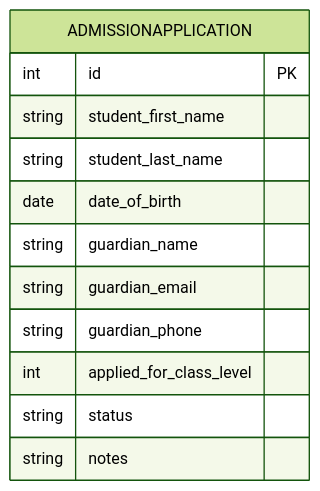
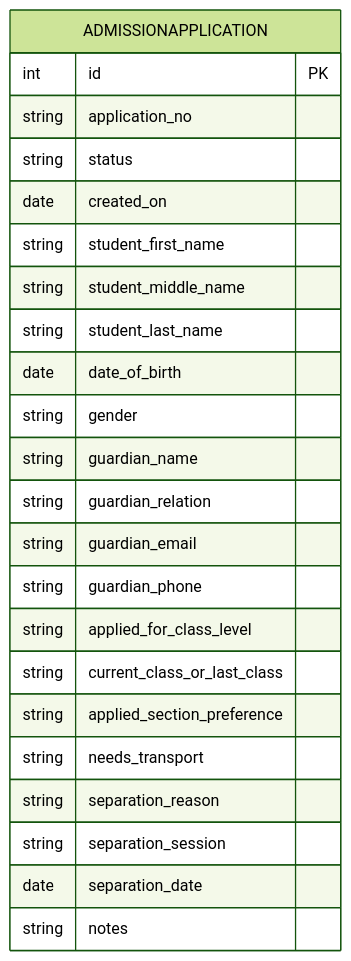
One commit to PrecisionWebAI/Educonnect changed the seventh of 9 diagrams in info/db_design.md. Above: the diagram before and after it, drawn with Mermaid (forest theme). The commit also changed other lines of this file and 48 other files, not shown here.

````diff
--- a/info/db_design.md
+++ b/info/db_design.md
@@ -1052,15 +1087,26 @@
 ```mermaid
 erDiagram
     ADMISSIONAPPLICATION {
         int id PK
+        string application_no
+        string status
+        date created_on
         string student_first_name
+        string student_middle_name
         string student_last_name
         date date_of_birth
+        string gender
         string guardian_name
+        string guardian_relation
         string guardian_email
         string guardian_phone
-        int applied_for_class_level
-        string status
+        string applied_for_class_level
+        string current_class_or_last_class
+        string applied_section_preference
+        string needs_transport
+        string separation_reason
+        string separation_session
+        date separation_date
         string notes
     }
 ```
````
